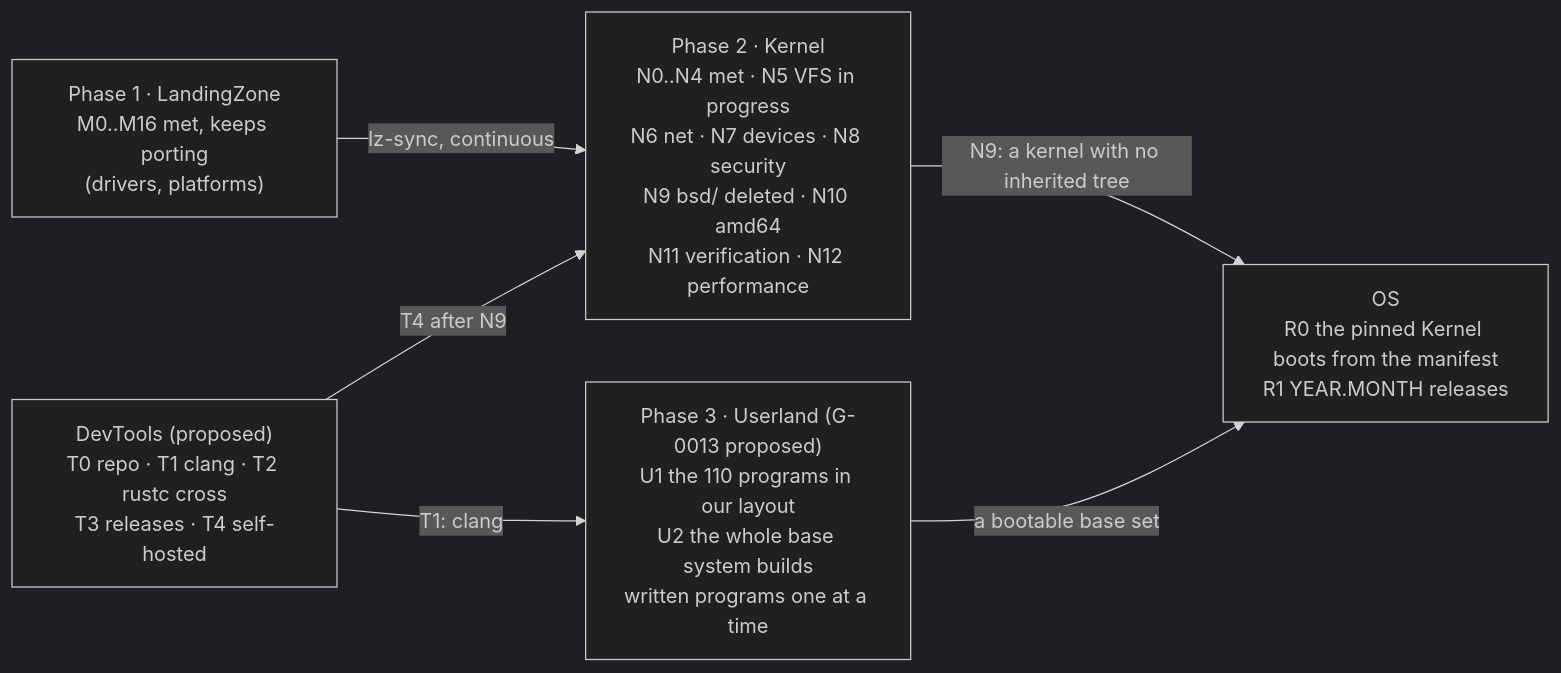
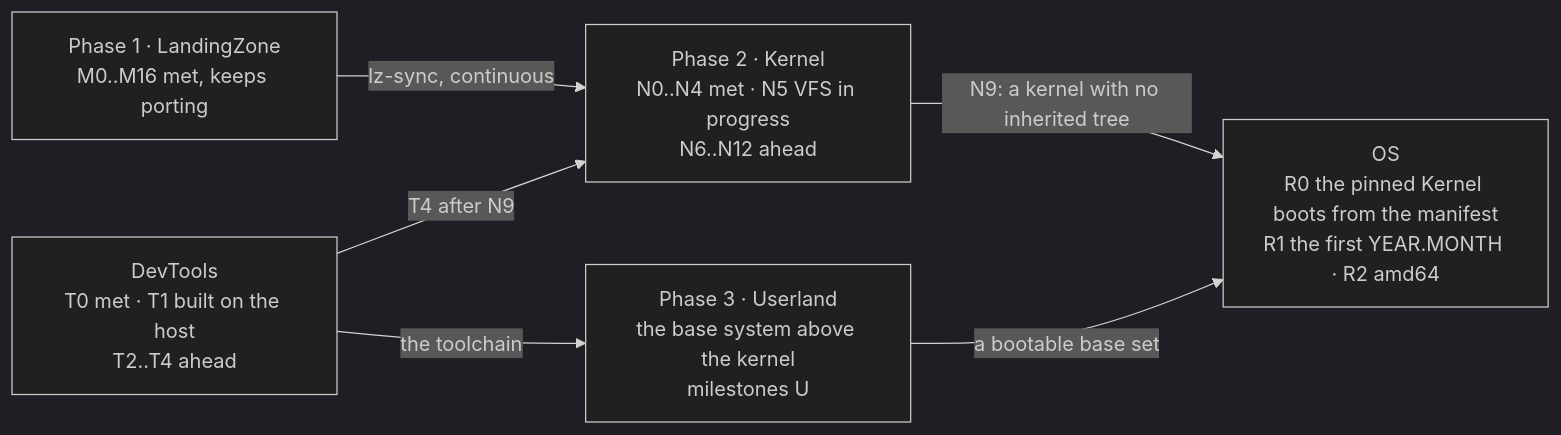
One commit to EmiBSD/Governance changed the diagram in docs/roadmap.md. Above: the diagram before and after it, drawn with Mermaid (dark theme). The commit also changed other lines of this file and 16 other files, not shown here.

````diff
--- a/docs/roadmap.md
+++ b/docs/roadmap.md
@@ -7,14 +8,14 @@
 ```mermaid
 flowchart LR
-    P1["Phase 1 · LandingZone<br/>M0..M16 met, keeps porting<br/>(drivers, platforms)"]
-    P2["Phase 2 · Kernel<br/>N0..N4 met · N5 VFS in progress<br/>N6 net · N7 devices · N8 security<br/>N9 bsd/ deleted · N10 amd64<br/>N11 verification · N12 performance"]
-    P3["Phase 3 · Userland (G-0013 proposed)<br/>U1 the 110 programs in our layout<br/>U2 the whole base system builds<br/>written programs one at a time"]
-    PT["DevTools (proposed)<br/>T0 repo · T1 clang · T2 rustc cross<br/>T3 releases · T4 self-hosted"]
-    PR["OS<br/>R0 the pinned Kernel boots from the manifest<br/>R1 YEAR.MONTH releases"]
+    P1["Phase 1 · LandingZone<br/>M0..M16 met, keeps porting"]
+    P2["Phase 2 · Kernel<br/>N0..N4 met · N5 VFS in progress<br/>N6..N12 ahead"]
+    P3["Phase 3 · Userland<br/>the base system above the kernel<br/>milestones U"]
+    PT["DevTools<br/>T0 met · T1 built on the host<br/>T2..T4 ahead"]
+    PR["OS<br/>R0 the pinned Kernel boots from the manifest<br/>R1 the first YEAR.MONTH · R2 amd64"]
 
     P1 -- "lz-sync, continuous" --> P2
     P2 -- "N9: a kernel with no inherited tree" --> PR
     P3 -- "a bootable base set" --> PR
-    PT -- "T1: clang" --> P3
+    PT -- "the toolchain" --> P3
     PT -- "T4 after N9" --> P2
 ```
````
